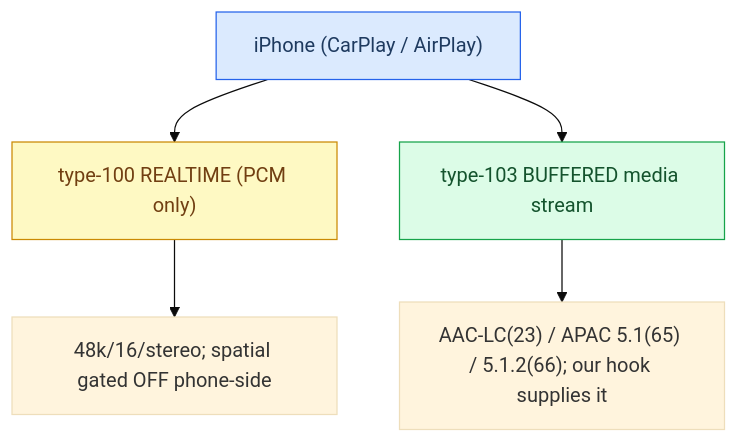
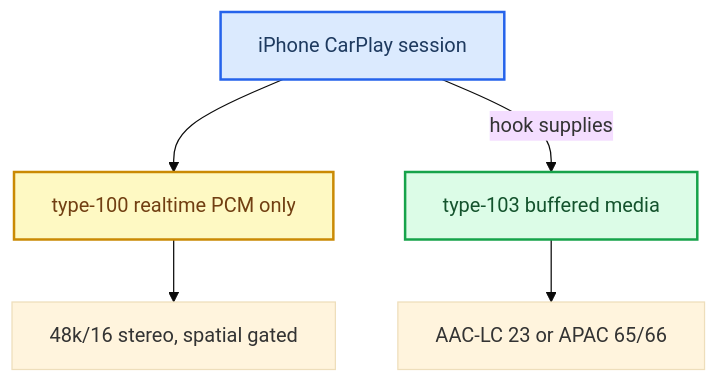
The first of 2 diagrams in docs-obsidian/Audio/Dolby Atmos.md (luka-dev/mib2q-carplay-rgi), drawn with Mermaid (base theme) before and after one commit. The commit also changed other lines of this file and 43 other files, not shown here.

````diff
--- a/docs-obsidian/Audio/Dolby Atmos.md
+++ b/docs-obsidian/Audio/Dolby Atmos.md
@@ -20,18 +20,18 @@
 ```mermaid
 flowchart TB
   accTitle: Two CarPlay audio streams
   accDescr: The realtime type-100 stream is PCM stereo with spatial gated off phone-side, while the buffered type-103 stream carries lossless and Atmos content that our hook supplies.
-  phone["iPhone (CarPlay / AirPlay)"]
-  rt["type-100 REALTIME (PCM only)"]
-  rtd["48k/16/stereo; spatial gated OFF phone-side"]
-  buf["type-103 BUFFERED media stream"]
-  bufd["AAC-LC(23) / APAC 5.1(65) / 5.1.2(66); our hook supplies it"]
-  phone --> rt --> rtd
-  phone --> buf --> bufd
-  class phone primary
-  class rt warning
-  class buf success
-  classDef primary fill:#dbeafe,stroke:#2563eb,color:#1e3a5f
-  classDef success fill:#dcfce7,stroke:#16a34a,color:#14532d
-  classDef warning fill:#fef9c3,stroke:#ca8a04,color:#713f12
+  iphone["iPhone CarPlay session"]
+  realtime_100["type-100 realtime PCM only"]
+  realtime_stereo["48k/16 stereo, spatial gated"]
+  buffered_103["type-103 buffered media"]
+  buffered_codecs["AAC-LC 23 or APAC 65/66"]
+  iphone --> realtime_100 --> realtime_stereo
+  iphone -->|hook supplies| buffered_103 --> buffered_codecs
+  classDef primary fill:#dbeafe,stroke:#2563eb,stroke-width:2px,color:#1e3a5f
+  classDef success fill:#dcfce7,stroke:#16a34a,stroke-width:2px,color:#14532d
+  classDef warning fill:#fef9c3,stroke:#ca8a04,stroke-width:2px,color:#713f12
+  class iphone primary
+  class realtime_100 warning
+  class buffered_103 success
 ```
````
